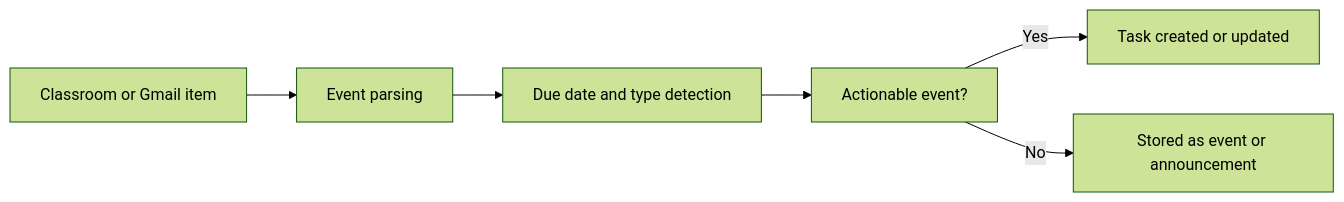
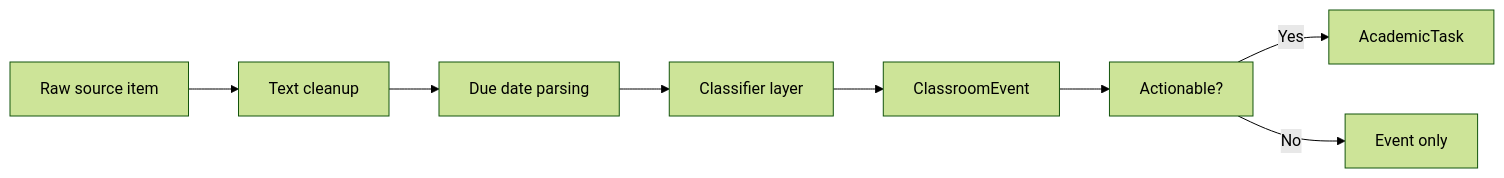
One commit to InsaneCoder789/ClassSync changed the eighth of 11 diagrams in docs/User manual.md. Above: the diagram before and after it, drawn with Mermaid (forest theme). The commit also changed other lines of this file and 16 other files, not shown here.

````diff
--- a/docs/User manual.md
+++ b/docs/User manual.md
@@ -146,8 +510,10 @@
 ```mermaid
 flowchart LR
-    A["Classroom or Gmail item"] --> B["Event parsing"]
-    B --> C["Due date and type detection"]
-    C --> D["Actionable event?"]
-    D -- Yes --> E["Task created or updated"]
-    D -- No --> F["Stored as event or announcement"]
+    A["Raw source item"] --> B["Text cleanup"]
+    B --> C["Due date parsing"]
+    C --> D["Classifier layer"]
+    D --> E["ClassroomEvent"]
+    E --> F["Actionable?"]
+    F -- Yes --> G["AcademicTask"]
+    F -- No --> H["Event only"]
 ```
````
